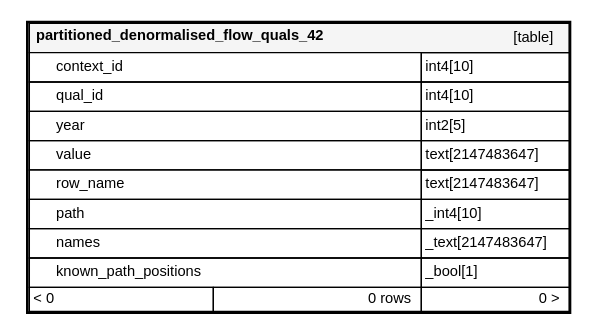
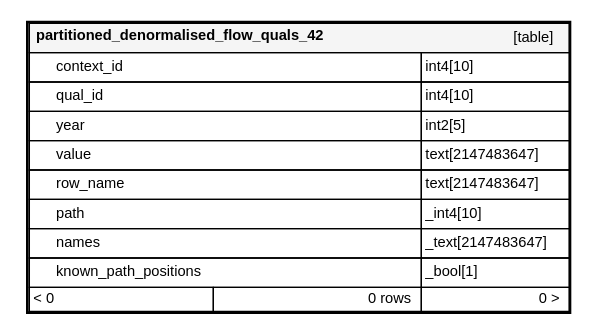
One commit to Vizzuality/trase changed the diagram in db/all_tables/diagrams/orphans/partitioned_denormalised_flow_quals_42.1degree.dot. Above: the diagram before and after it, drawn with Graphviz. The commit also changed 550 other files, not shown here.

```diff
--- a/db/all_tables/diagrams/orphans/partitioned_denormalised_flow_quals_42.1degree.dot
+++ b/db/all_tables/diagrams/orphans/partitioned_denormalised_flow_quals_42.1degree.dot
@@ -1,37 +1,37 @@
 digraph "partitioned_denormalised_flow_quals_42" {
   graph [
     rankdir="RL"
     bgcolor="#ffffff"
     nodesep="0.18"
     ranksep="0.46"
     fontname="Helvetica"
     fontsize="11"
     ration="compress"
   ];
   node [
     fontname="Helvetica"
     fontsize="11"
     shape="plaintext"
   ];
   edge [
     arrowsize="0.8"
   ];
   "partitioned_denormalised_flow_quals_42" [
    label=<
     <TABLE BORDER="2" CELLBORDER="1" CELLSPACING="0" BGCOLOR="#ffffff">
       <TR><TD COLSPAN="4"  BGCOLOR="#f5f5f5"><TABLE BORDER="0" CELLSPACING="0"><TR><TD ALIGN="LEFT"><B>partitioned_denormalised_flow_quals_42</B></TD><TD ALIGN="RIGHT">[table]</TD></TR></TABLE></TD></TR>
-      <TR><TD PORT="context_id" COLSPAN="2" BGCOLOR="#ffffff" ALIGN="LEFT"><TABLE BORDER="0" CELLSPACING="0" ALIGN="LEFT"><TR ALIGN="LEFT"><TD ALIGN="LEFT" FIXEDSIZE="TRUE" WIDTH="15" HEIGHT="16"></TD><TD ALIGN="LEFT" FIXEDSIZE="TRUE" WIDTH="273" HEIGHT="16">context_id</TD></TR></TABLE></TD><TD PORT="context_id.type" ALIGN="LEFT">int4[10]</TD></TR>
+      <TR><TD PORT="context_id" COLSPAN="2" ALIGN="LEFT"><TABLE BORDER="0" CELLSPACING="0" ALIGN="LEFT"><TR ALIGN="LEFT"><TD ALIGN="LEFT" FIXEDSIZE="TRUE" WIDTH="15" HEIGHT="16"></TD><TD ALIGN="LEFT" FIXEDSIZE="TRUE" WIDTH="273" HEIGHT="16">context_id</TD></TR></TABLE></TD><TD PORT="context_id.type" ALIGN="LEFT">int4[10]</TD></TR>
       <TR><TD PORT="qual_id" COLSPAN="2" ALIGN="LEFT"><TABLE BORDER="0" CELLSPACING="0" ALIGN="LEFT"><TR ALIGN="LEFT"><TD ALIGN="LEFT" FIXEDSIZE="TRUE" WIDTH="15" HEIGHT="16"></TD><TD ALIGN="LEFT" FIXEDSIZE="TRUE" WIDTH="273" HEIGHT="16">qual_id</TD></TR></TABLE></TD><TD PORT="qual_id.type" ALIGN="LEFT">int4[10]</TD></TR>
-      <TR><TD PORT="year" COLSPAN="2" BGCOLOR="#ffffff" ALIGN="LEFT"><TABLE BORDER="0" CELLSPACING="0" ALIGN="LEFT"><TR ALIGN="LEFT"><TD ALIGN="LEFT" FIXEDSIZE="TRUE" WIDTH="15" HEIGHT="16"></TD><TD ALIGN="LEFT" FIXEDSIZE="TRUE" WIDTH="273" HEIGHT="16">year</TD></TR></TABLE></TD><TD PORT="year.type" ALIGN="LEFT">int2[5]</TD></TR>
+      <TR><TD PORT="year" COLSPAN="2" ALIGN="LEFT"><TABLE BORDER="0" CELLSPACING="0" ALIGN="LEFT"><TR ALIGN="LEFT"><TD ALIGN="LEFT" FIXEDSIZE="TRUE" WIDTH="15" HEIGHT="16"></TD><TD ALIGN="LEFT" FIXEDSIZE="TRUE" WIDTH="273" HEIGHT="16">year</TD></TR></TABLE></TD><TD PORT="year.type" ALIGN="LEFT">int2[5]</TD></TR>
       <TR><TD PORT="value" COLSPAN="2" ALIGN="LEFT"><TABLE BORDER="0" CELLSPACING="0" ALIGN="LEFT"><TR ALIGN="LEFT"><TD ALIGN="LEFT" FIXEDSIZE="TRUE" WIDTH="15" HEIGHT="16"></TD><TD ALIGN="LEFT" FIXEDSIZE="TRUE" WIDTH="273" HEIGHT="16">value</TD></TR></TABLE></TD><TD PORT="value.type" ALIGN="LEFT">text[2147483647]</TD></TR>
-      <TR><TD PORT="row_name" COLSPAN="2" BGCOLOR="#ffffff" ALIGN="LEFT"><TABLE BORDER="0" CELLSPACING="0" ALIGN="LEFT"><TR ALIGN="LEFT"><TD ALIGN="LEFT" FIXEDSIZE="TRUE" WIDTH="15" HEIGHT="16"></TD><TD ALIGN="LEFT" FIXEDSIZE="TRUE" WIDTH="273" HEIGHT="16">row_name</TD></TR></TABLE></TD><TD PORT="row_name.type" ALIGN="LEFT">text[2147483647]</TD></TR>
+      <TR><TD PORT="row_name" COLSPAN="2" ALIGN="LEFT"><TABLE BORDER="0" CELLSPACING="0" ALIGN="LEFT"><TR ALIGN="LEFT"><TD ALIGN="LEFT" FIXEDSIZE="TRUE" WIDTH="15" HEIGHT="16"></TD><TD ALIGN="LEFT" FIXEDSIZE="TRUE" WIDTH="273" HEIGHT="16">row_name</TD></TR></TABLE></TD><TD PORT="row_name.type" ALIGN="LEFT">text[2147483647]</TD></TR>
       <TR><TD PORT="path" COLSPAN="2" ALIGN="LEFT"><TABLE BORDER="0" CELLSPACING="0" ALIGN="LEFT"><TR ALIGN="LEFT"><TD ALIGN="LEFT" FIXEDSIZE="TRUE" WIDTH="15" HEIGHT="16"></TD><TD ALIGN="LEFT" FIXEDSIZE="TRUE" WIDTH="273" HEIGHT="16">path</TD></TR></TABLE></TD><TD PORT="path.type" ALIGN="LEFT">_int4[10]</TD></TR>
       <TR><TD PORT="names" COLSPAN="2" ALIGN="LEFT"><TABLE BORDER="0" CELLSPACING="0" ALIGN="LEFT"><TR ALIGN="LEFT"><TD ALIGN="LEFT" FIXEDSIZE="TRUE" WIDTH="15" HEIGHT="16"></TD><TD ALIGN="LEFT" FIXEDSIZE="TRUE" WIDTH="273" HEIGHT="16">names</TD></TR></TABLE></TD><TD PORT="names.type" ALIGN="LEFT">_text[2147483647]</TD></TR>
       <TR><TD PORT="known_path_positions" COLSPAN="2" ALIGN="LEFT"><TABLE BORDER="0" CELLSPACING="0" ALIGN="LEFT"><TR ALIGN="LEFT"><TD ALIGN="LEFT" FIXEDSIZE="TRUE" WIDTH="15" HEIGHT="16"></TD><TD ALIGN="LEFT" FIXEDSIZE="TRUE" WIDTH="273" HEIGHT="16">known_path_positions</TD></TR></TABLE></TD><TD PORT="known_path_positions.type" ALIGN="LEFT">_bool[1]</TD></TR>
       <TR><TD ALIGN="LEFT" BGCOLOR="#ffffff">&lt; 0</TD><TD ALIGN="RIGHT" BGCOLOR="#ffffff">0 rows</TD><TD ALIGN="RIGHT" BGCOLOR="#ffffff">0 &gt;</TD></TR>
     </TABLE>>
     URL="tables/partitioned_denormalised_flow_quals_42.html"
     target="_top"
     tooltip="partitioned_denormalised_flow_quals_42"
   ];
 }
```
